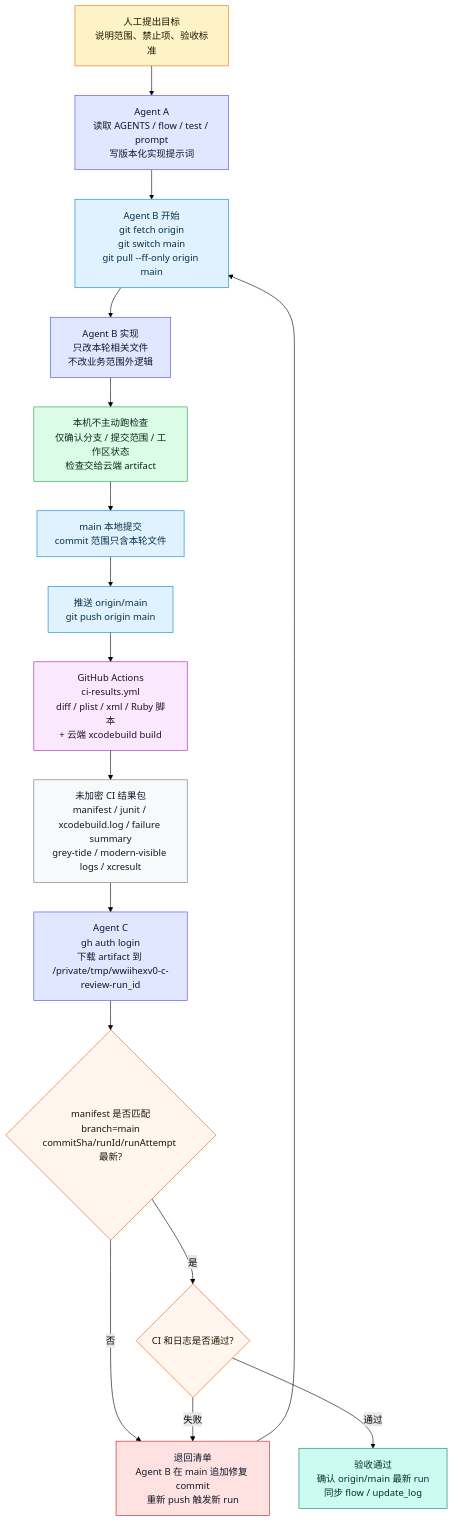
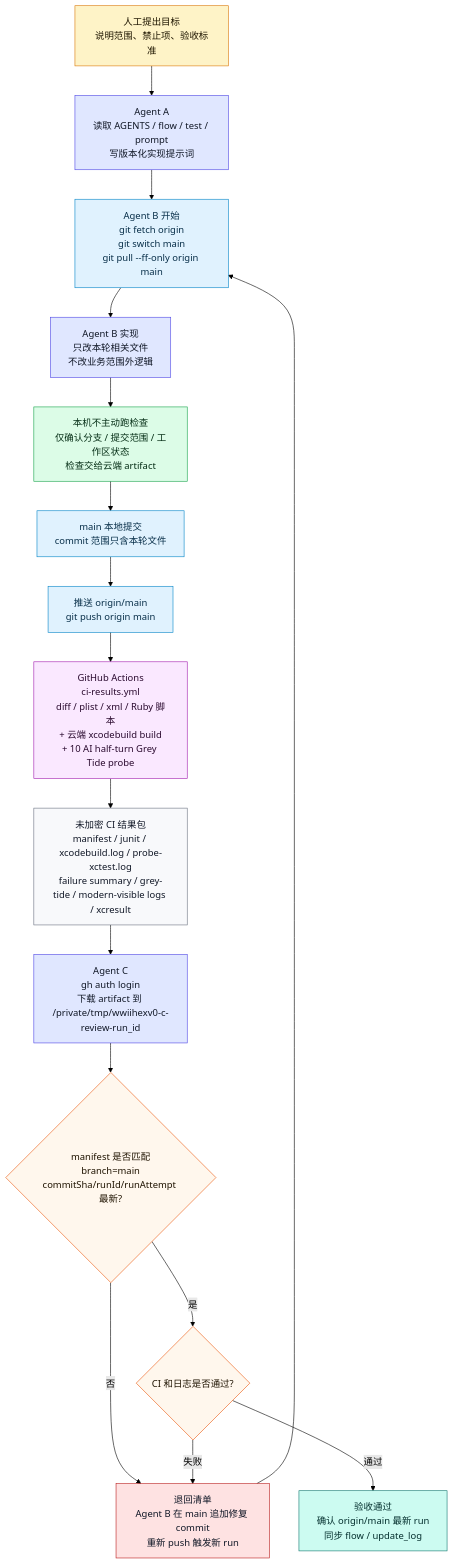
Before and after one commit to Altman-sam114/127: the first of 20 diagrams in md/flow/flowchart.md, drawn with Mermaid (forest theme). The commit also changed other lines of this file and 7 other files, not shown here.

Commit message:
test: add grey tide ai half-turn probe

````diff
--- a/md/flow/flowchart.md
+++ b/md/flow/flowchart.md
@@ -31,33 +31,33 @@
 ```mermaid
 flowchart TD
     HUMAN["人工提出目标<br/>说明范围、禁止项、验收标准"]:::input
     A["Agent A<br/>读取 AGENTS / flow / test / prompt<br/>写版本化实现提示词"]:::agent
     B0["Agent B 开始<br/>git fetch origin<br/>git switch main<br/>git pull --ff-only origin main"]:::git
     B1["Agent B 实现<br/>只改本轮相关文件<br/>不改业务范围外逻辑"]:::agent
     LOCAL["本机不主动跑检查<br/>仅确认分支 / 提交范围 / 工作区状态<br/>检查交给云端 artifact"]:::check
     COMMIT["main 本地提交<br/>commit 范围只含本轮文件"]:::git
     PUSH["推送 origin/main<br/>git push origin main"]:::git
-    GHA["GitHub Actions<br/>ci-results.yml<br/>diff / plist / xml / Ruby 脚本<br/>+ 云端 xcodebuild build"]:::cloud
-    ART["未加密 CI 结果包<br/>manifest / junit / xcodebuild.log / failure summary<br/>grey-tide / modern-visible logs / xcresult"]:::artifact
+    GHA["GitHub Actions<br/>ci-results.yml<br/>diff / plist / xml / Ruby 脚本<br/>+ 云端 xcodebuild build<br/>+ 10 AI half-turn Grey Tide probe"]:::cloud
+    ART["未加密 CI 结果包<br/>manifest / junit / xcodebuild.log / probe-xctest.log<br/>failure summary / grey-tide / modern-visible logs / xcresult"]:::artifact
     C0["Agent C<br/>gh auth login<br/>下载 artifact 到 /private/tmp/wwiihexv0-c-review-run_id"]:::agent
     C1{"manifest 是否匹配<br/>branch=main<br/>commitSha/runId/runAttempt 最新?"}:::decision
     C2{"CI 和日志是否通过?"}:::decision
     REJECT["退回清单<br/>Agent B 在 main 追加修复 commit<br/>重新 push 触发新 run"]:::stop
     ACCEPT["验收通过<br/>确认 origin/main 最新 run<br/>同步 flow / update_log"]:::ok
 
     HUMAN --> A --> B0 --> B1 --> LOCAL --> COMMIT --> PUSH --> GHA --> ART --> C0 --> C1
     C1 -->|否| REJECT --> B0
     C1 -->|是| C2
     C2 -->|失败| REJECT
     C2 -->|通过| ACCEPT
 
     classDef input fill:#fef3c7,stroke:#d97706,color:#1f1600
     classDef agent fill:#e0e7ff,stroke:#4f46e5,color:#111827
     classDef git fill:#e0f2fe,stroke:#0284c7,color:#082f49
     classDef check fill:#dcfce7,stroke:#16a34a,color:#052e16
     classDef cloud fill:#fae8ff,stroke:#a21caf,color:#2a0a2f
     classDef artifact fill:#f8f9fb,stroke:#6b7280,color:#111827
     classDef decision fill:#fff7ed,stroke:#ea580c,color:#1f1300
     classDef stop fill:#fee2e2,stroke:#b91c1c,color:#111827
     classDef ok fill:#ccfbf1,stroke:#0f766e,color:#042f2e
 ```
````
